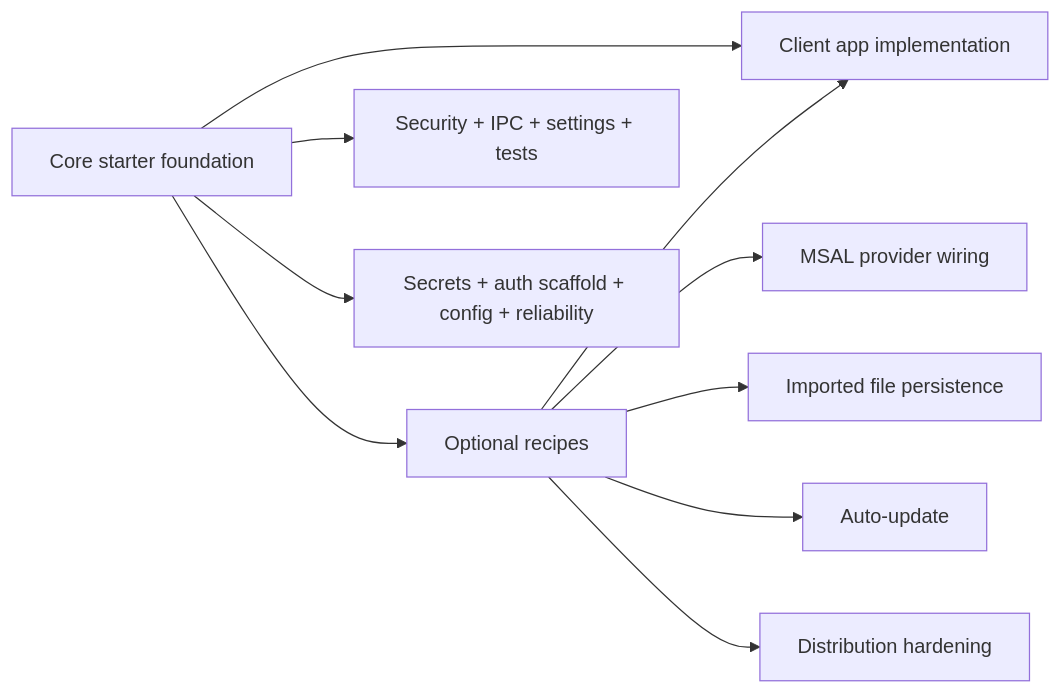
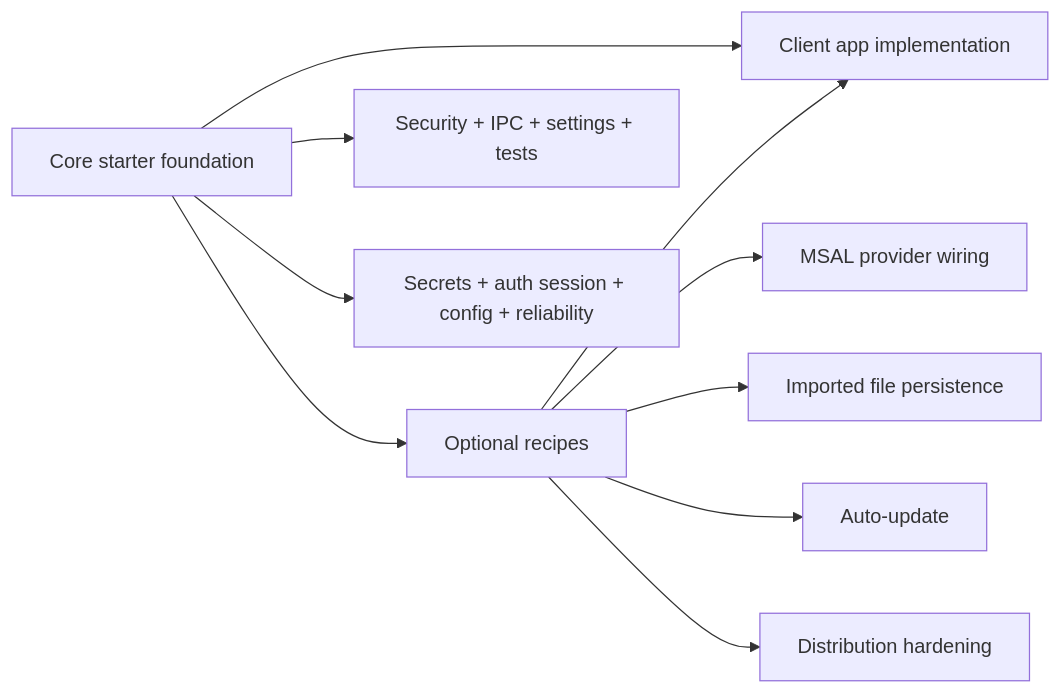
The diagram in docs/roadmap.md (AchuAshwath/electron-react-starter-kit), drawn with Mermaid before and after one commit. The commit also changed other lines of this file and 4 other files, not shown here.

Commit message:
docs: document auth routing scaffold

````diff
--- a/docs/roadmap.md
+++ b/docs/roadmap.md
@@ -7,13 +7,13 @@
 ```mermaid
 flowchart LR
 	Foundation["Core starter foundation"] --> ClientApp["Client app implementation"]
 	Foundation --> Recipes["Optional recipes"]
 	Recipes --> ClientApp
 
 	Foundation --> Security["Security + IPC + settings + tests"]
-	Foundation --> FutureCore["Secrets + auth scaffold + config + reliability"]
+	Foundation --> FutureCore["Secrets + auth session + config + reliability"]
 	Recipes --> Auth["MSAL provider wiring"]
 	Recipes --> Files["Imported file persistence"]
 	Recipes --> Updates["Auto-update"]
 	Recipes --> Distribution["Distribution hardening"]
 ```
````
